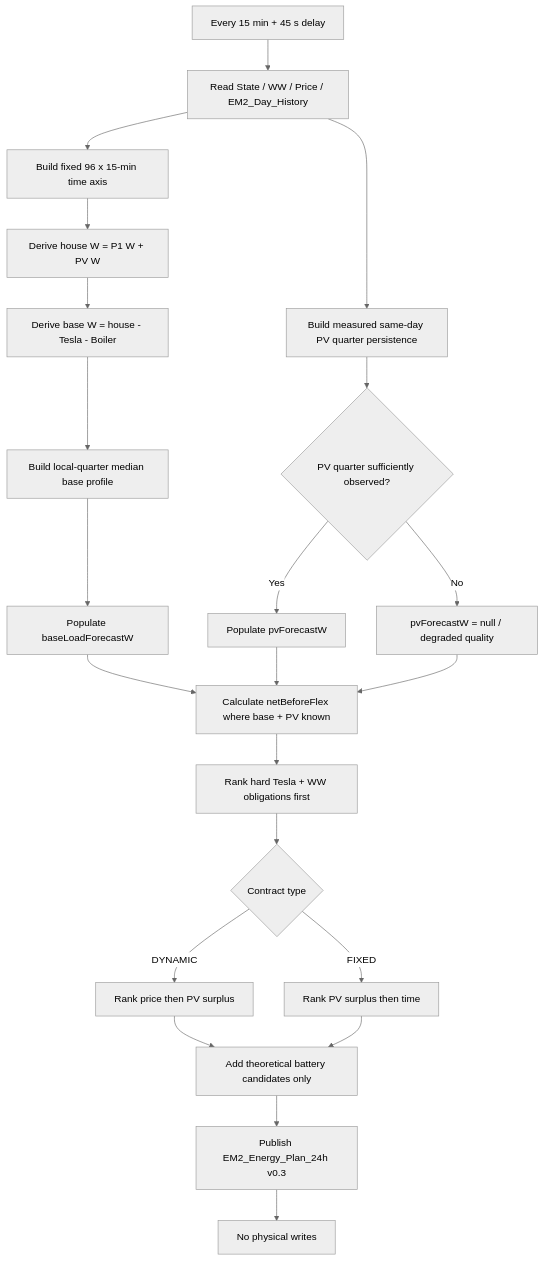
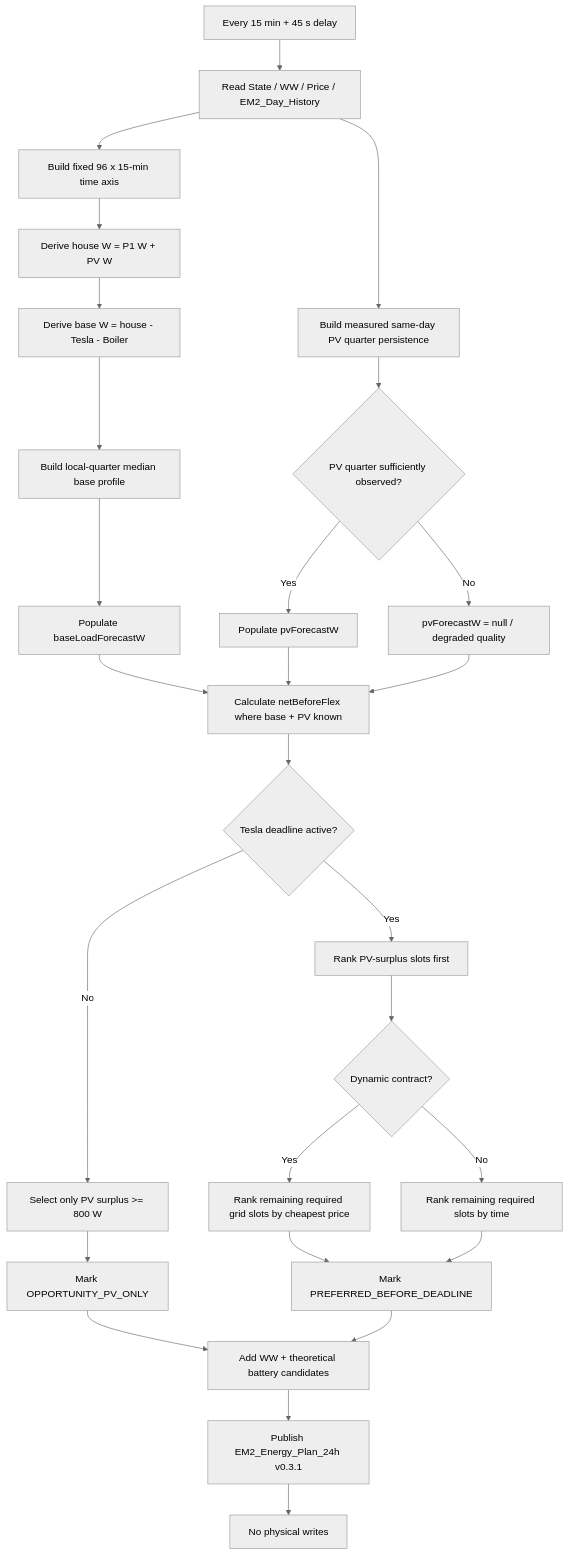
One commit to OnsKasteeltje/homey-energy-manual changed the second of 9 diagrams in docs/software-architecture/flows/planner-power-intent-flow.md. Above: the diagram before and after it, drawn with Mermaid (neutral theme). The commit also changed other lines of this file, not shown here.

Commit message:
docs: correct Tesla opportunity and deadline flow policy

````diff
--- a/docs/software-architecture/flows/planner-power-intent-flow.md
+++ b/docs/software-architecture/flows/planner-power-intent-flow.md
@@ -85,24 +90,29 @@
 ```mermaid
 flowchart TD
     A[Every 15 min + 45 s delay] --> B[Read State / WW / Price / EM2_Day_History]
     B --> C[Build fixed 96 x 15-min time axis]
     C --> D[Derive house W = P1 W + PV W]
     D --> E[Derive base W = house - Tesla - Boiler]
     E --> F[Build local-quarter median base profile]
     B --> G[Build measured same-day PV quarter persistence]
     F --> H[Populate baseLoadForecastW]
     G --> I{PV quarter sufficiently observed?}
     I -->|Yes| J[Populate pvForecastW]
     I -->|No| K[pvForecastW = null / degraded quality]
     H --> L[Calculate netBeforeFlex where base + PV known]
     J --> L
     K --> L
-    L --> M[Rank hard Tesla + WW obligations first]
-    M --> N{Contract type}
-    N -->|DYNAMIC| O[Rank price then PV surplus]
-    N -->|FIXED| P[Rank PV surplus then time]
-    O --> Q[Add theoretical battery candidates only]
-    P --> Q
-    Q --> R[Publish EM2_Energy_Plan_24h v0.3]
-    R --> S[No physical writes]
+    L --> M{Tesla deadline active?}
+    M -->|No| N[Select only PV surplus >= 800 W]
+    N --> O[Mark OPPORTUNITY_PV_ONLY]
+    M -->|Yes| P[Rank PV-surplus slots first]
+    P --> Q{Dynamic contract?}
+    Q -->|Yes| R[Rank remaining required grid slots by cheapest price]
+    Q -->|No| S[Rank remaining required slots by time]
+    R --> T[Mark PREFERRED_BEFORE_DEADLINE]
+    S --> T
+    O --> U[Add WW + theoretical battery candidates]
+    T --> U
+    U --> V[Publish EM2_Energy_Plan_24h v0.3.1]
+    V --> W[No physical writes]
 ```
````
